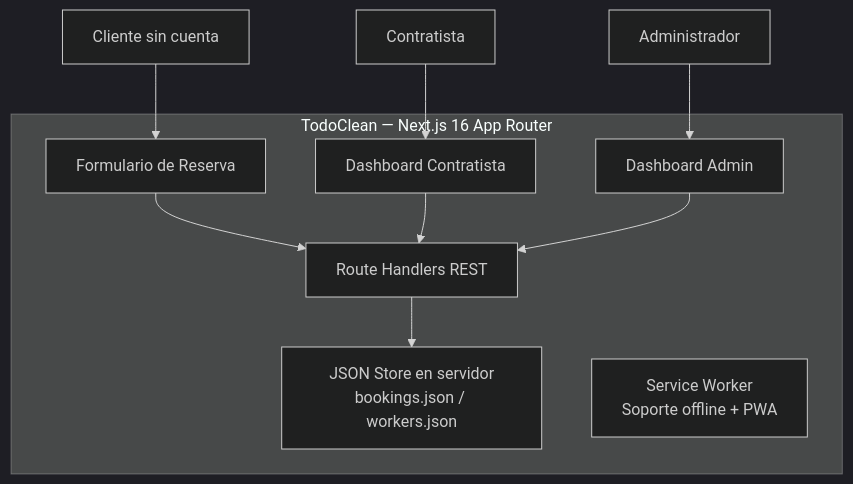
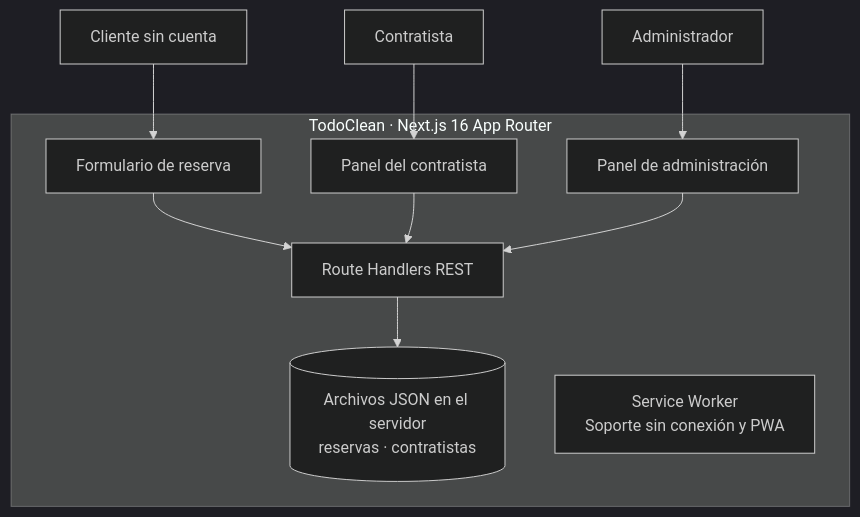
One commit to deadlyrat/todo-clean-servicios-showcase changed the diagram in README.md. Above: the diagram before and after it, drawn with Mermaid (dark theme). The commit also changed other lines of this file, not shown here.

Commit message:
docs: reescribir README del showcase

````diff
--- a/README.md
+++ b/README.md
@@ -49,23 +105,23 @@
 ```mermaid
 graph TD
     GUEST["Cliente sin cuenta"]
     CONTRACTOR["Contratista"]
     ADMIN["Administrador"]
 
-    subgraph APP ["TodoClean — Next.js 16 App Router"]
-        BOOK["Formulario de Reserva"]
-        CONDASH["Dashboard Contratista"]
-        ADASH["Dashboard Admin"]
+    subgraph APP ["TodoClean · Next.js 16 App Router"]
+        BOOK["Formulario de reserva"]
+        CONDASH["Panel del contratista"]
+        ADASH["Panel de administración"]
         API["Route Handlers REST"]
-        DATA["JSON Store en servidor\nbookings.json / workers.json"]
-        SW["Service Worker\nSoporte offline + PWA"]
+        DATA[("Archivos JSON en el servidor<br/>reservas · contratistas")]
+        SW["Service Worker<br/>Soporte sin conexión y PWA"]
     end
 
     GUEST --> BOOK
     CONTRACTOR --> CONDASH
     ADMIN --> ADASH
     BOOK --> API
     CONDASH --> API
     ADASH --> API
     API --> DATA
 ```
````
